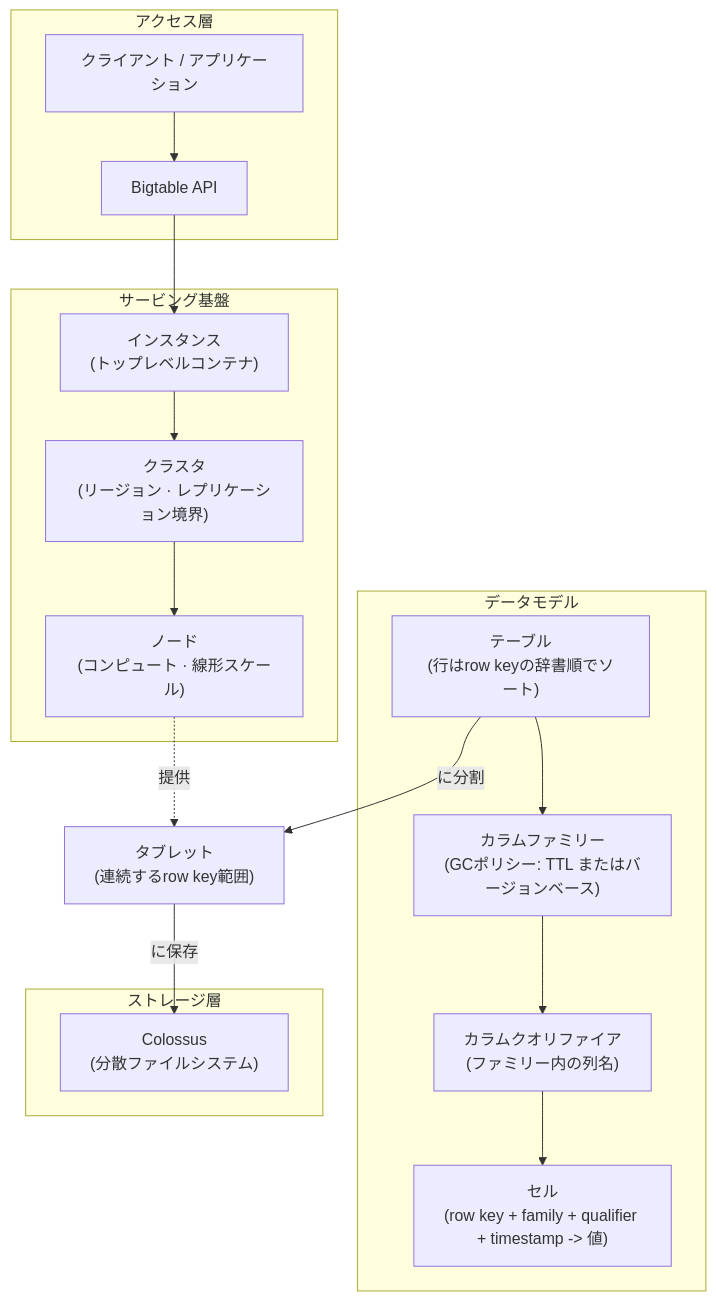
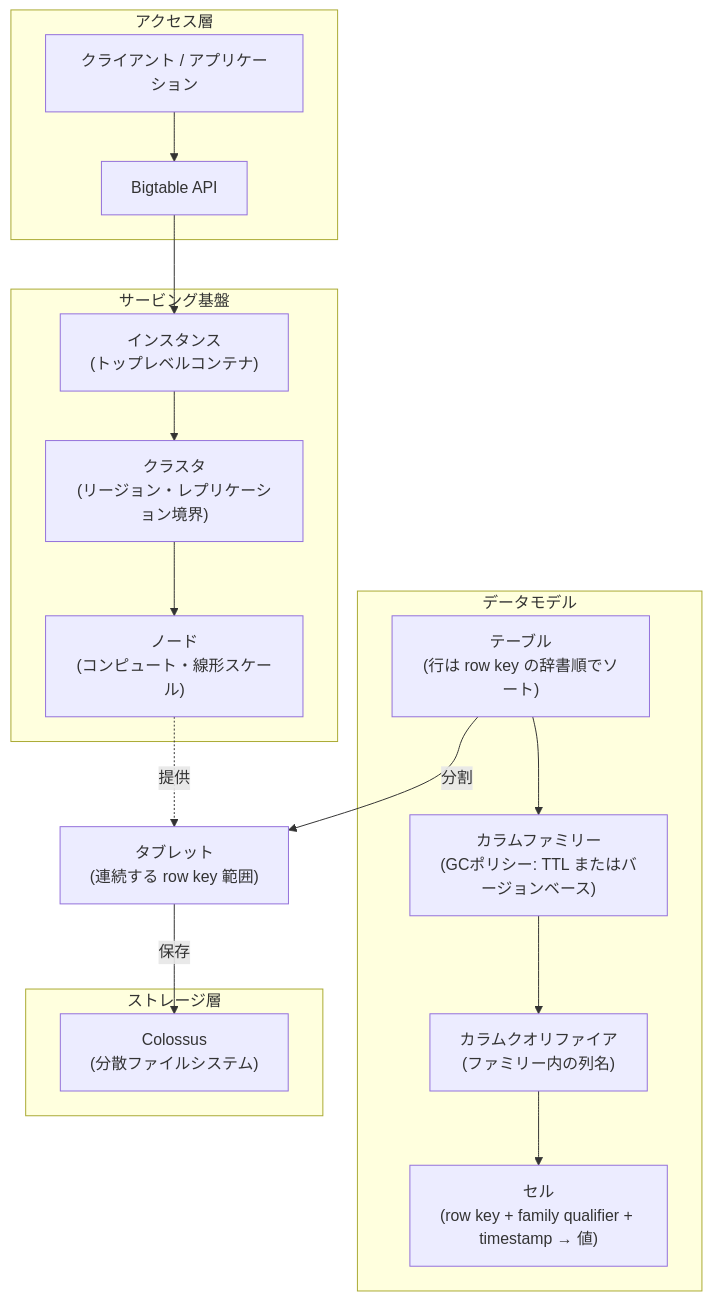
One commit to Maskish86/gcp-pde-exam-guide-ja changed the first of 2 diagrams in content/OperationalDBs/Bigtable.md. Above: the diagram before and after it, drawn with Mermaid. The commit also changed other lines of this file and 3 other files, not shown here.

````diff
--- a/content/OperationalDBs/Bigtable.md
+++ b/content/OperationalDBs/Bigtable.md
@@ -21,50 +21,41 @@
 ```mermaid
 flowchart TB
 
-%% ACCESS
 subgraph ACCESS["アクセス層"]
     APP["クライアント / アプリケーション"]
     API["Bigtable API"]
 end
 
-%% INFRASTRUCTURE
 subgraph INFRA["サービング基盤"]
     INST["インスタンス<br/>(トップレベルコンテナ)"]
-    CL["クラスタ<br/>(リージョン · レプリケーション境界)"]
-    ND["ノード<br/>(コンピュート · 線形スケール)"]
+    CL["クラスタ<br/>(リージョン・レプリケーション境界)"]
+    ND["ノード<br/>(コンピュート・線形スケール)"]
     INST --> CL
     CL --> ND
 end
 
-%% TABLETS - bridge between data model and serving/storage
-TAB["タブレット<br/>(連続するrow key範囲)"]
+TAB["タブレット<br/>(連続する row key 範囲)"]
 
-%% DATA MODEL
 subgraph DATA["データモデル"]
-    TBL["テーブル<br/>(行はrow keyの辞書順でソート)"]
+    TBL["テーブル<br/>(行は row key の辞書順でソート)"]
     CF["カラムファミリー<br/>(GCポリシー: TTL またはバージョンベース)"]
     CQ["カラムクオリファイア<br/>(ファミリー内の列名)"]
-    CELL["セル<br/>(row key + family + qualifier + timestamp -> 値)"]
+    CELL["セル<br/>(row key + family qualifier + timestamp → 値)"]
     TBL --> CF
     CF --> CQ
     CQ --> CELL
 end
 
-%% STORAGE
 subgraph STORE["ストレージ層"]
     COL["Colossus<br/>(分散ファイルシステム)"]
 end
 
-%% ACCESS FLOW
 APP --> API
 API --> INST
 
-%% TABLE PARTITIONED INTO TABLETS
-TBL -->|に分割| TAB
+TBL -->|分割| TAB
 
-%% NODES SERVE TABLETS (not own - tablets can move between nodes)
 ND -.->|提供| TAB
 
-%% TABLETS STORED IN COLOSSUS
-TAB -->|に保存| COL
+TAB -->|保存| COL
 ```
````
